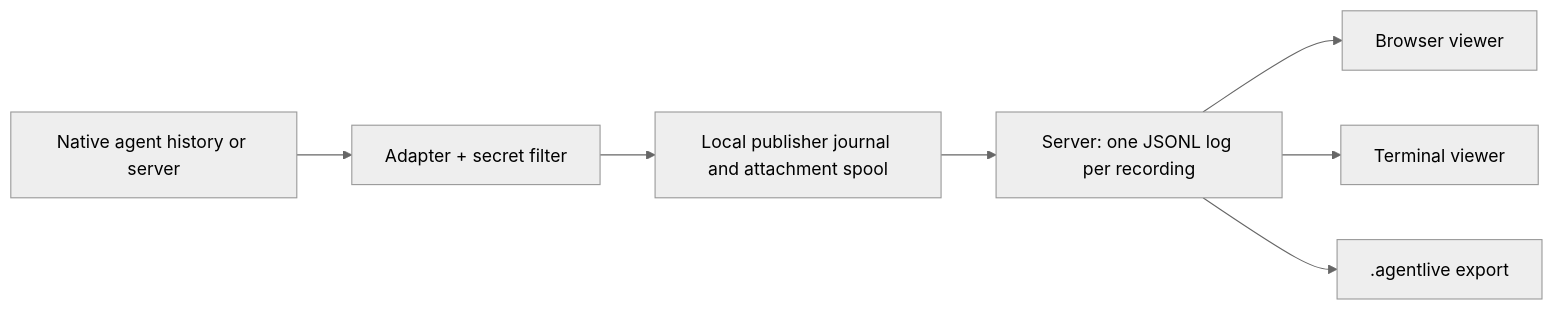
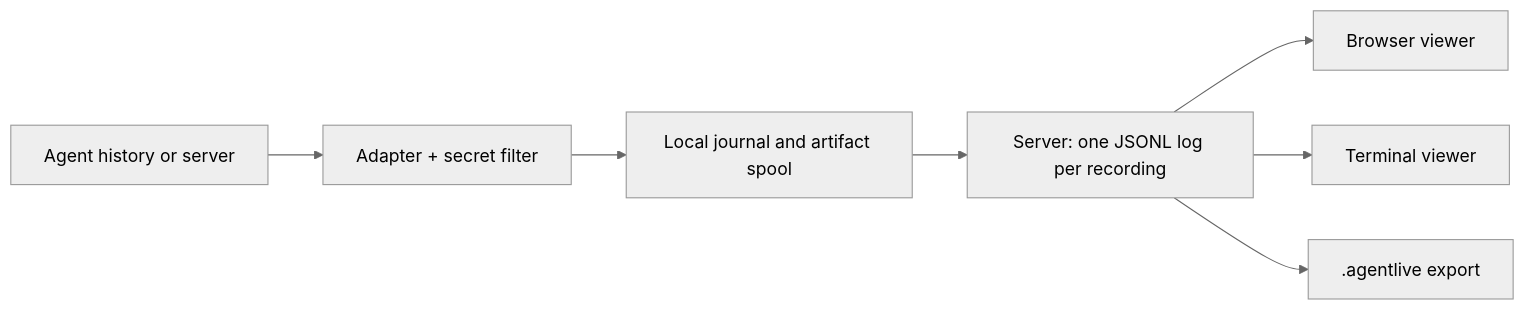
The diagram in README.md (bojieli/agentlive), drawn with Mermaid (neutral theme) before and after one commit. The commit also changed other lines of this file and 59 other files, not shown here.

````diff
--- a/README.md
+++ b/README.md
@@ -100,9 +101,9 @@
 ```mermaid
 flowchart LR
-    A[Native agent history or server] --> B[Adapter + secret filter]
-    B --> C[Local publisher journal and attachment spool]
+    A[Agent history or server] --> B[Adapter + secret filter]
+    B --> C[Local journal and artifact spool]
     C --> D[Server: one JSONL log per recording]
     D --> E[Browser viewer]
     D --> F[Terminal viewer]
     D --> G[.agentlive export]
 ```
````
